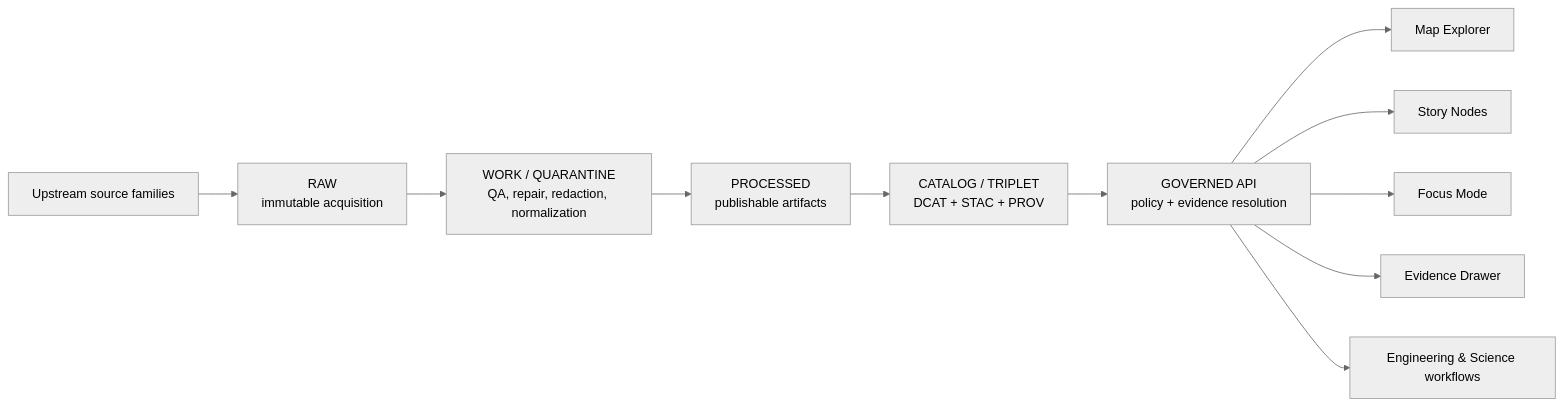
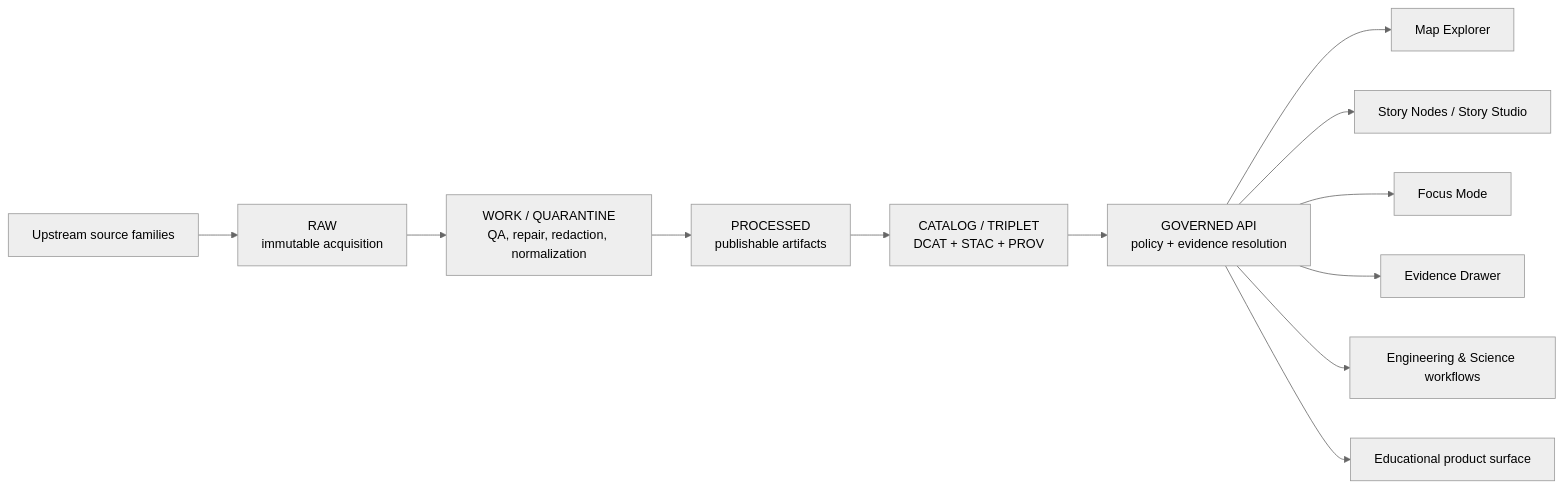
The first of 2 diagrams in README.md (bartytime4life/Kansas-Frontier-Matrix), drawn with Mermaid (neutral theme) before and after one commit. The commit also changed other lines of this file, not shown here.

````diff
--- a/README.md
+++ b/README.md
@@ -92,13 +99,14 @@
 ```mermaid
 flowchart LR
     A[Upstream source families] --> B[RAW<br/>immutable acquisition]
     B --> C[WORK / QUARANTINE<br/>QA, repair, redaction, normalization]
     C --> D[PROCESSED<br/>publishable artifacts]
     D --> E[CATALOG / TRIPLET<br/>DCAT + STAC + PROV]
     E --> F[GOVERNED API<br/>policy + evidence resolution]
     F --> G[Map Explorer]
-    F --> H[Story Nodes]
+    F --> H[Story Nodes / Story Studio]
     F --> I[Focus Mode]
     F --> J[Evidence Drawer]
     F --> K[Engineering & Science workflows]
+    F --> L[Educational product surface]
 ```
````
